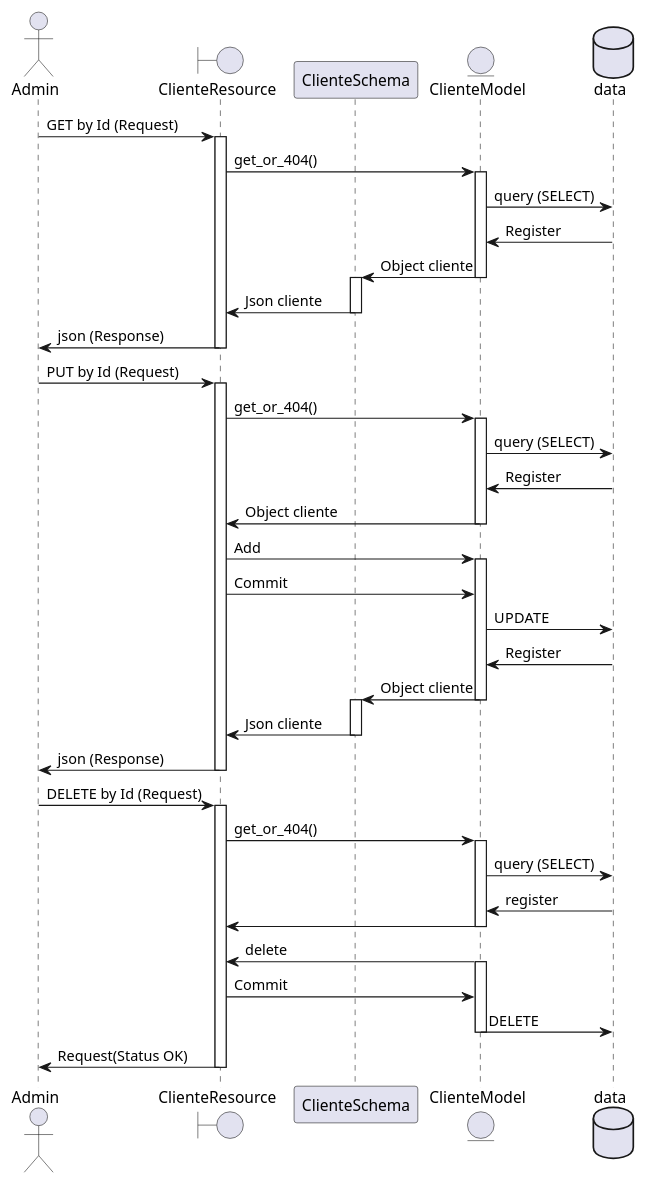
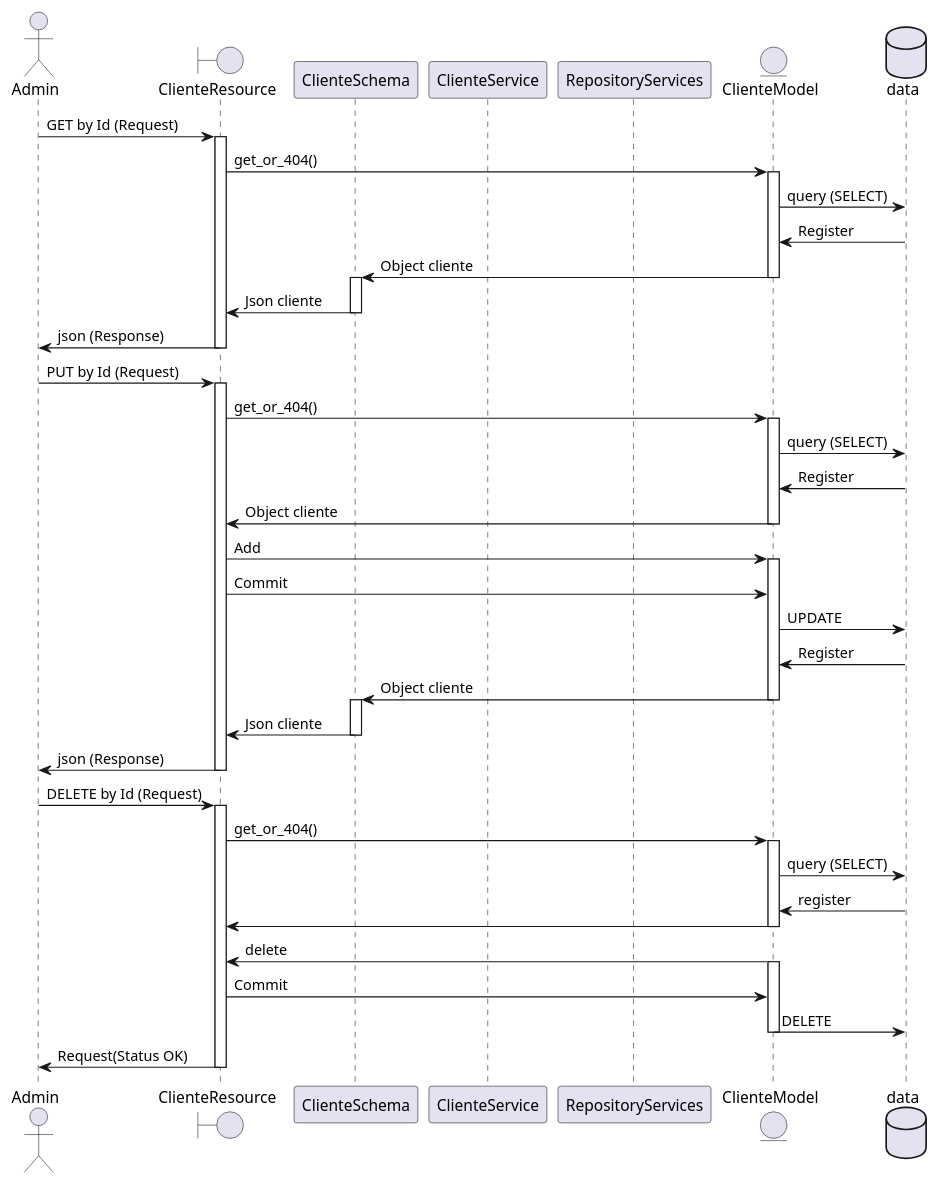
One commit to DaniBeato/Bookmaker_DS changed the diagram in docs/diagrama_de_secuencias_cliente.puml. Above: the diagram before and after it, drawn with PlantUML. The commit also changed 25 other files, not shown here.

```diff
--- a/docs/diagrama_de_secuencias_cliente.puml
+++ b/docs/diagrama_de_secuencias_cliente.puml
@@ -1,57 +1,60 @@
 @startuml
 actor Admin
 boundary ClienteResource
 participant ClienteSchema
+participant ClienteService
+participant RepositoryServices
 entity ClienteModel
 database data
+
 Admin -> ClienteResource: GET by Id (Request)
 activate ClienteResource
 ClienteResource -> ClienteModel: get_or_404() 
 activate ClienteModel
 ClienteModel -> data: query (SELECT)
 ClienteModel <- data: Register
 ClienteSchema <- ClienteModel: Object cliente
 deactivate ClienteModel
 activate ClienteSchema
 ClienteResource <- ClienteSchema: Json cliente
 deactivate ClienteSchema
 Admin <- ClienteResource: json (Response)
 deactivate ClienteResource
 
 Admin -> ClienteResource: PUT by Id (Request)
 activate ClienteResource
 ClienteResource -> ClienteModel: get_or_404()
 activate ClienteModel
 ClienteModel -> data: query (SELECT)
 ClienteModel <- data: Register
 ClienteResource <- ClienteModel: Object cliente
 deactivate ClienteModel
 ClienteResource -> ClienteModel: Add
 activate ClienteModel
 ClienteResource -> ClienteModel: Commit
 ClienteModel -> data: UPDATE
 ClienteModel <- data: Register
 ClienteSchema <- ClienteModel: Object cliente
 deactivate ClienteModel
 activate ClienteSchema
 ClienteResource <- ClienteSchema: Json cliente
 deactivate ClienteSchema
 Admin <- ClienteResource: json (Response)
 deactivate ClienteResource
 
 Admin -> ClienteResource: DELETE by Id (Request)
 activate ClienteResource
 ClienteResource -> ClienteModel: get_or_404()
 activate ClienteModel
 ClienteModel -> data: query (SELECT)
 ClienteModel <- data: register
 ClienteResource <- ClienteModel
 deactivate ClienteModel
 ClienteResource <- ClienteModel: delete
 activate ClienteModel
 ClienteResource -> ClienteModel: Commit
 ClienteModel -> data: DELETE
 deactivate ClienteModel
 Admin <- ClienteResource: Request(Status OK)
 deactivate ClienteResource
 @enduml 
```
